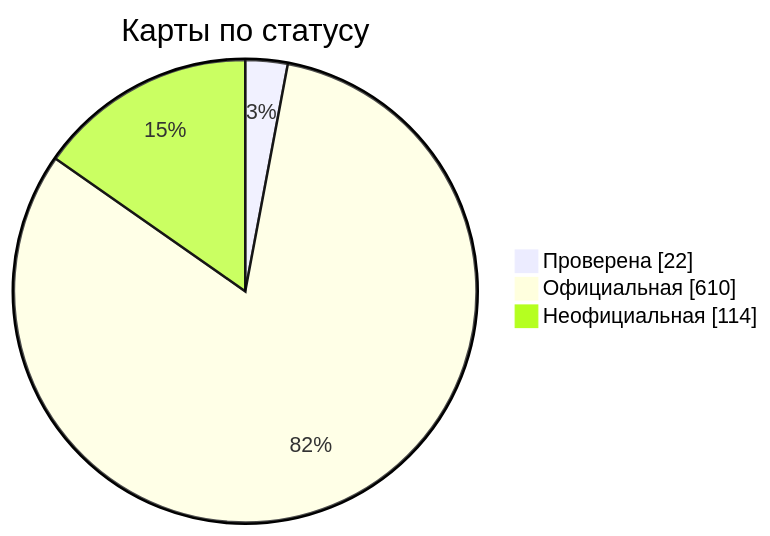
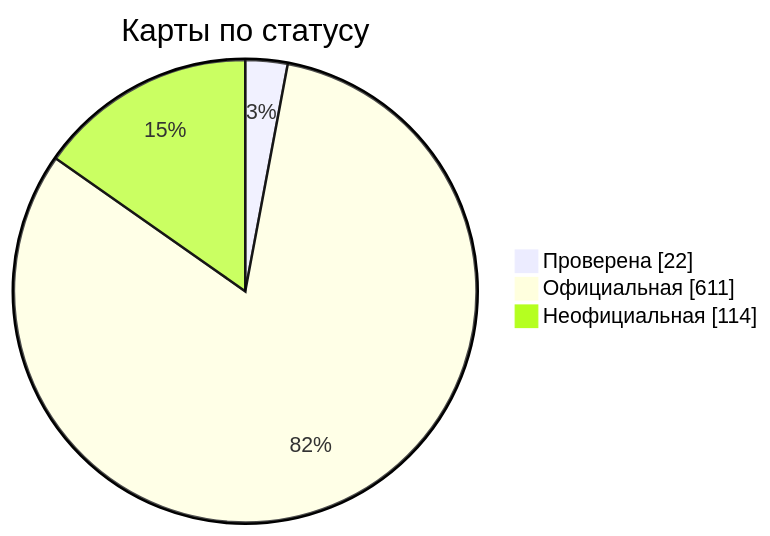
The diagram in docs/readme/README_RU.md (nobrega8/mbmap-library), drawn with Mermaid before and after one commit. The commit also changed 6 other files, not shown here.

Commit message:
Add the Contech FT1 thermal mass flow meter map (closes #478) (#549)

````diff
--- a/docs/readme/README_RU.md
+++ b/docs/readme/README_RU.md
@@ -54,7 +54,7 @@
 ```mermaid
 pie showData
     title Карты по статусу
     "Проверена" : 22
-    "Официальная" : 610
+    "Официальная" : 611
     "Неофициальная" : 114
 ```
````
